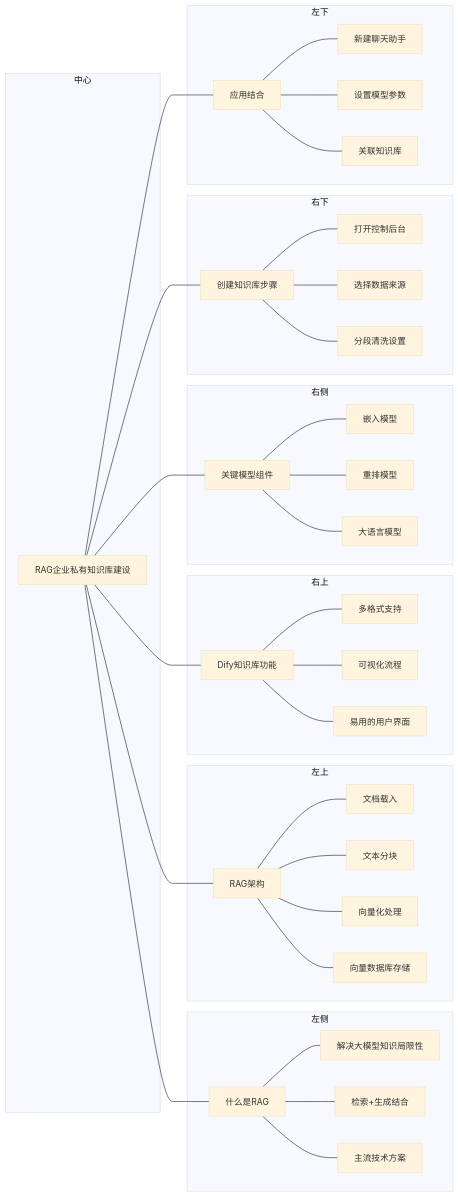
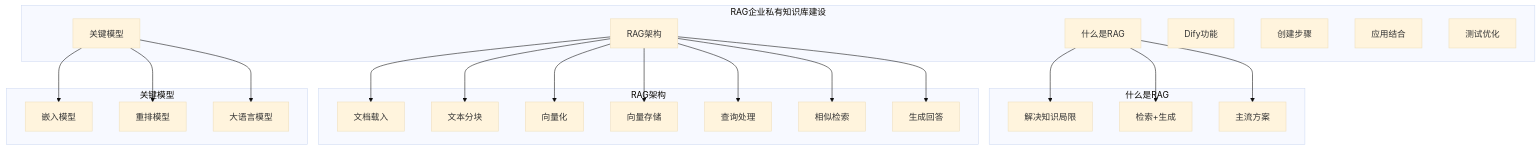
One commit to XingChenBigData/RAG-study changed the third of 3 diagrams in docs/Dify应用/1.md. Above: the diagram before and after it, drawn with Mermaid (base theme). The commit also changed other lines of this file, not shown here.

Commit message:
fix: 简化Mermaid语法，添加替代方案

````diff
--- a/docs/Dify应用/1.md
+++ b/docs/Dify应用/1.md
@@ -190,81 +165,50 @@
 ```mermaid
-flowchart LR
-    subgraph 中心
-        A[RAG企业私有知识库建设]
+graph TD
+    subgraph RAG企业私有知识库建设
+        A[什么是RAG]
+        B[RAG架构]
+        C[关键模型]
+        D[Dify功能]
+        E[创建步骤]
+        F[应用结合]
+        G[测试优化]
     end
     
-    subgraph 左侧
-        B[什么是RAG]
-        B1[解决大模型知识局限性]
-        B2[检索+生成结合]
-        B3[主流技术方案]
+    subgraph 什么是RAG
+        A1[解决知识局限]
+        A2[检索+生成]
+        A3[主流方案]
     end
     
-    subgraph 左上
-        C[RAG架构]
-        C1[文档载入]
-        C2[文本分块]
-        C3[向量化处理]
-        C4[向量数据库存储]
+    A --> A1
+    A --> A2
+    A --> A3
+    
+    subgraph RAG架构
+        B1[文档载入]
+        B2[文本分块]
+        B3[向量化]
+        B4[向量存储]
+        B5[查询处理]
+        B6[相似检索]
+        B7[生成回答]
     end
     
-    subgraph 右上
-        D[Dify知识库功能]
-        D1[多格式支持]
-        D2[可视化流程]
-        D3[易用的用户界面]
+    B --> B1
+    B --> B2
+    B --> B3
+    B --> B4
+    B --> B5
+    B --> B6
+    B --> B7
+    
+    subgraph 关键模型
+        C1[嵌入模型]
+        C2[重排模型]
+        C3[大语言模型]
     end
     
-    subgraph 右侧
-        E[关键模型组件]
-        E1[嵌入模型]
-        E2[重排模型]
-        E3[大语言模型]
-    end
-    
-    subgraph 右下
-        F[创建知识库步骤]
-        F1[打开控制后台]
-        F2[选择数据来源]
-        F3[分段清洗设置]
-    end
-    
-    subgraph 左下
-        G[应用结合]
-        G1[新建聊天助手]
-        G2[设置模型参数]
-        G3[关联知识库]
-    end
-    
-    A --- B
-    A --- C
-    A --- D
-    A --- E
-    A --- F
-    A --- G
-    
-    B --- B1
-    B --- B2
-    B --- B3
-    
-    C --- C1
-    C --- C2
-    C --- C3
-    C --- C4
-    
-    D --- D1
-    D --- D2
-    D --- D3
-    
-    E --- E1
-    E --- E2
-    E --- E3
-    
-    F --- F1
-    F --- F2
-    F --- F3
-    
-    G --- G1
-    G --- G2
-    G --- G3
-``` 
+    C --> C1
+    C --> C2
+    C --> C3
+```
````
